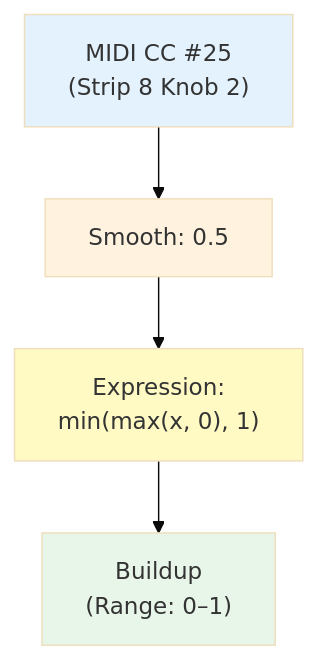
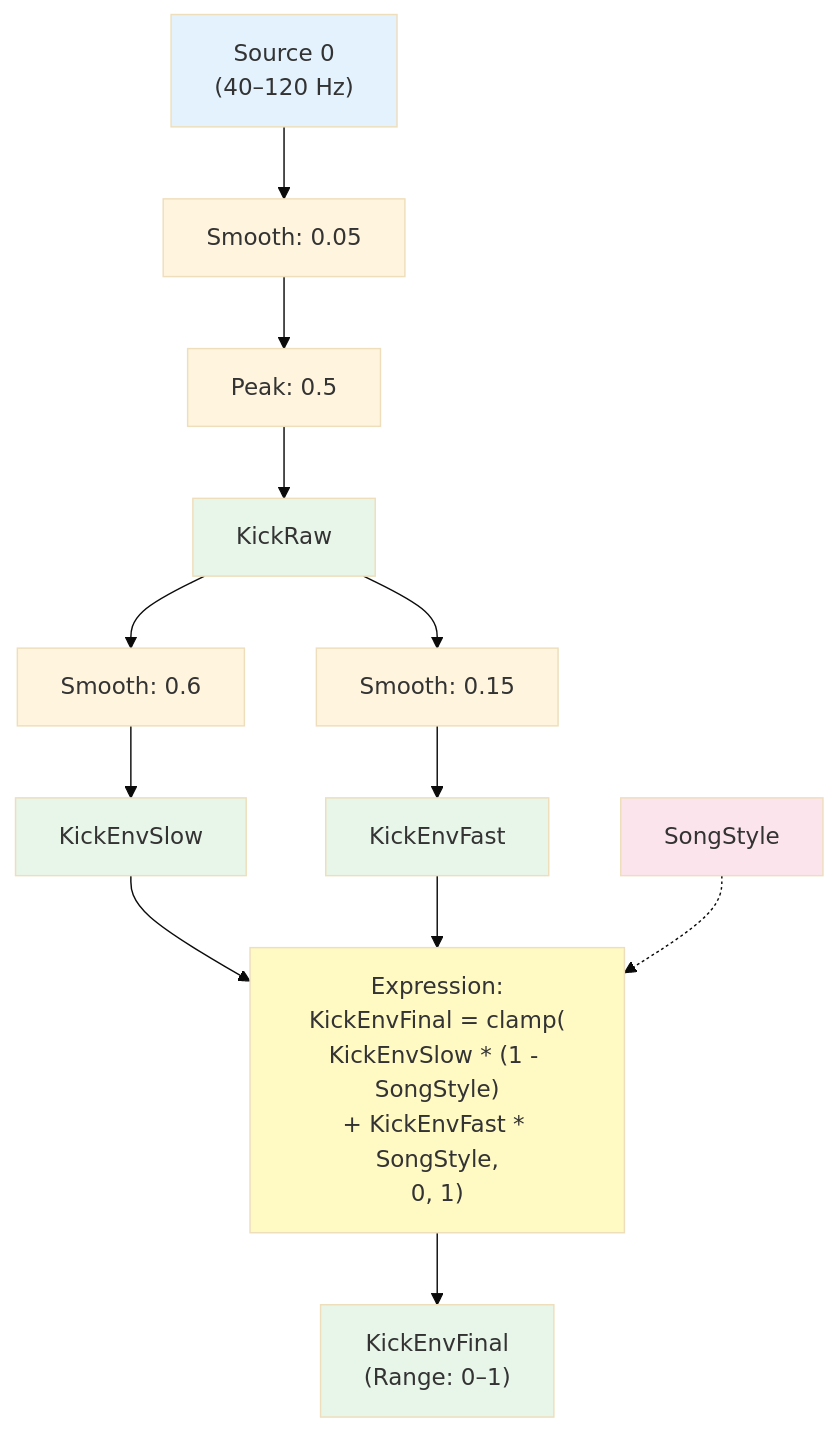
Before and after one commit to abossard/synesthesia-visuals: the ninth of 17 diagrams in docs/mmv-master-pipeline-guide.md, drawn with Mermaid (base theme). The commit also changed other lines of this file, not shown here.

Commit message:
Complete overhaul: Add SongStyle adaptation system to MMV pipeline guide

````diff
--- a/docs/mmv-master-pipeline-guide.md
+++ b/docs/mmv-master-pipeline-guide.md
@@ -462,11 +435,25 @@
 ```mermaid
 flowchart TD
-    MIDI_BUILD["MIDI CC #25<br/>(Strip 8 Knob 2)"] --> SMOOTH_BUILD["Smooth: 0.5"]
-    SMOOTH_BUILD --> EXPR_BUILD["Expression:<br/>min(max(x, 0), 1)"]
-    EXPR_BUILD --> BUILDUP["Buildup<br/>(Range: 0–1)"]
+    AUDIO_K["Source 0<br/>(40–120 Hz)"] --> SMOOTH_KR["Smooth: 0.05"]
+    SMOOTH_KR --> PEAK_K["Peak: 0.5"]
+    PEAK_K --> KICKRAW["KickRaw"]
     
-    style MIDI_BUILD fill:#e3f2fd
-    style SMOOTH_BUILD fill:#fff3e0
-    style EXPR_BUILD fill:#fff9c4
-    style BUILDUP fill:#e8f5e9
+    KICKRAW --> SMOOTH_KS["Smooth: 0.6"]
+    SMOOTH_KS --> KICKENVSLOW["KickEnvSlow"]
+    
+    KICKRAW --> SMOOTH_KF["Smooth: 0.15"]
+    SMOOTH_KF --> KICKENVFAST["KickEnvFast"]
+    
+    KICKENVSLOW --> EXPR_KEF["Expression:<br/>KickEnvFinal = clamp(<br/>KickEnvSlow * (1 - SongStyle)<br/>+ KickEnvFast * SongStyle,<br/>0, 1)"]
+    KICKENVFAST --> EXPR_KEF
+    SONGSTYLE_K["SongStyle"] -.-> EXPR_KEF
+    EXPR_KEF --> KICKENVFINAL["KickEnvFinal<br/>(Range: 0–1)"]
+    
+    style AUDIO_K fill:#e3f2fd
+    style KICKRAW fill:#e8f5e9
+    style KICKENVSLOW fill:#e8f5e9
+    style KICKENVFAST fill:#e8f5e9
+    style SONGSTYLE_K fill:#fce4ec
+    style EXPR_KEF fill:#fff9c4
+    style KICKENVFINAL fill:#e8f5e9
 ```
````
